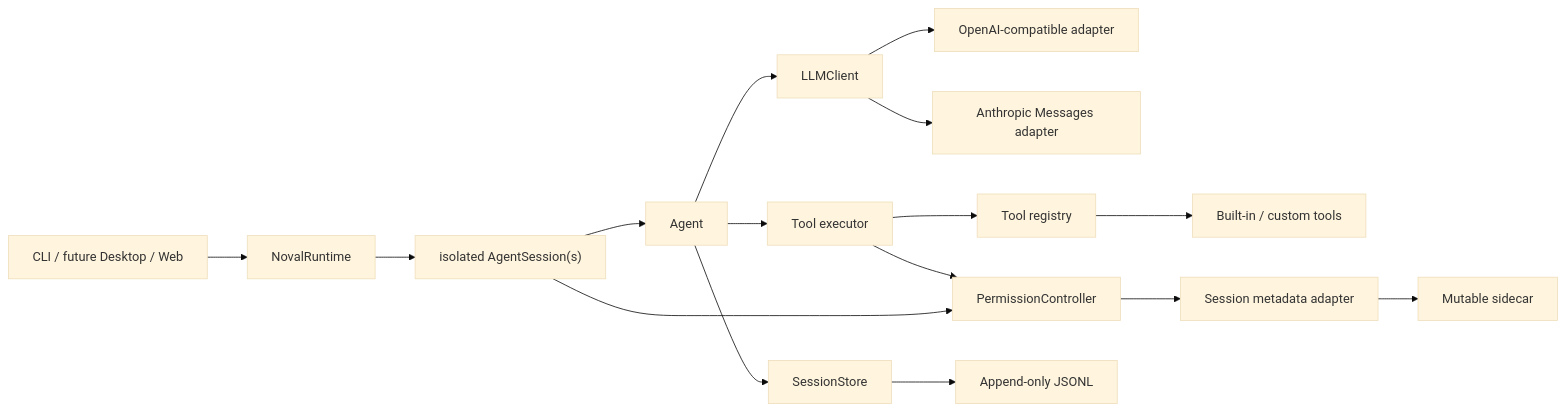
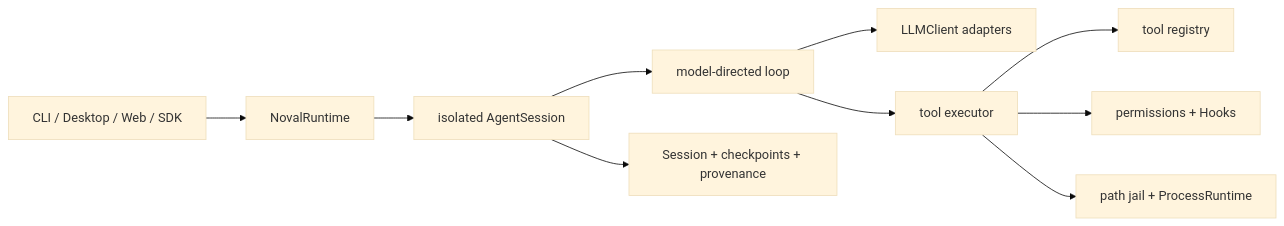
Before and after one commit to kestiny18/Noval: the diagram in README.md, drawn with Mermaid (base theme). The commit also changed other lines of this file and 38 other files, not shown here.

````diff
--- a/README.md
+++ b/README.md
@@ -45,18 +54,12 @@
 ```mermaid
 flowchart LR
-    Hosts["CLI / future Desktop / Web"] --> Runtime["NovalRuntime"]
-    Runtime --> Sessions["isolated AgentSession(s)"]
-    Sessions --> Agent
-    Agent --> Client["LLMClient"]
-    Client --> OpenAI["OpenAI-compatible adapter"]
-    Client --> Anthropic["Anthropic Messages adapter"]
-    Agent --> Executor["Tool executor"]
-    Sessions --> Permissions["PermissionController"]
-    Executor --> Permissions
-    Executor --> Registry["Tool registry"]
-    Registry --> Builtins["Built-in / custom tools"]
-    Agent --> Store["SessionStore"]
-    Store --> JSONL["Append-only JSONL"]
-    Permissions --> Metadata["Session metadata adapter"]
-    Metadata --> Sidecar["Mutable sidecar"]
+    Hosts["CLI / Desktop / Web / SDK"] --> Runtime["NovalRuntime"]
+    Runtime --> Sessions["isolated AgentSession"]
+    Sessions --> Agent["model-directed loop"]
+    Agent --> Providers["LLMClient adapters"]
+    Agent --> Executor["tool executor"]
+    Executor --> Registry["tool registry"]
+    Executor --> Policy["permissions + Hooks"]
+    Executor --> Isolation["path jail + ProcessRuntime"]
+    Sessions --> State["Session + checkpoints + provenance"]
 ```
````
